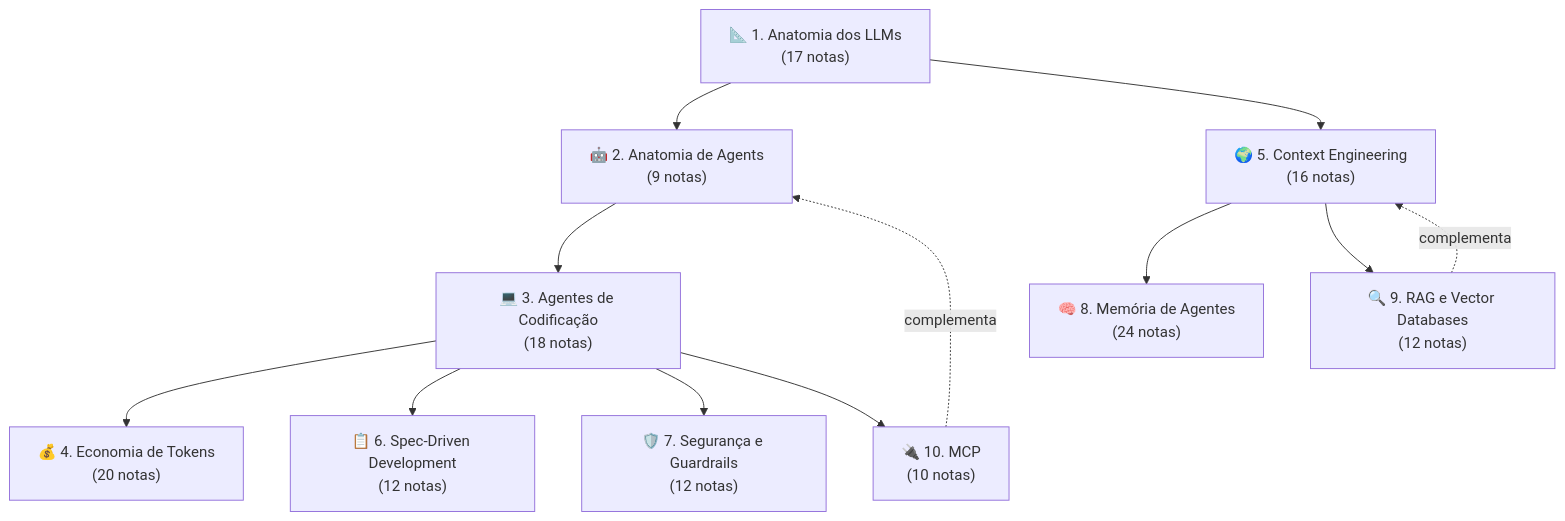
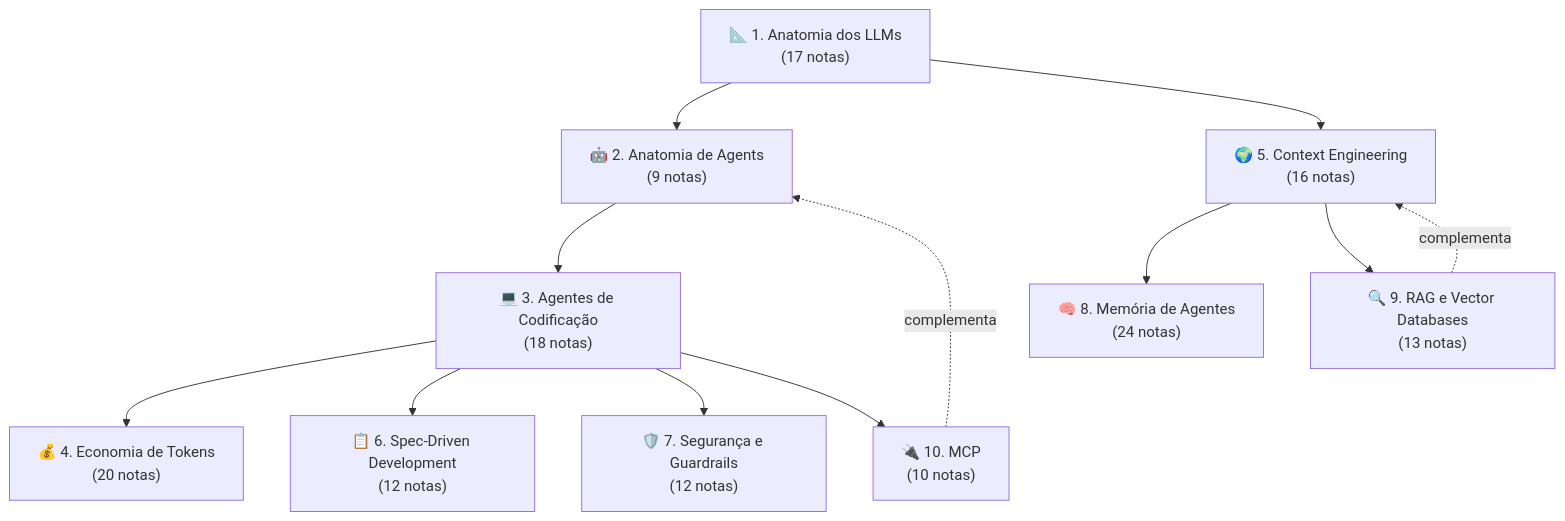
Before and after one commit to josenaldo/my-dev-notebook: the first of 2 diagrams in 03-Dominios/IA/index.md, drawn with Mermaid. The commit also changed other lines of this file and 9 other files, not shown here.

````diff
--- a/03-Dominios/IA/index.md
+++ b/03-Dominios/IA/index.md
@@ -129,25 +129,25 @@
 ```mermaid
 graph TB
     M1["📐 1. Anatomia dos LLMs<br/>(17 notas)"]
     M2["🤖 2. Anatomia de Agents<br/>(9 notas)"]
     M3["💻 3. Agentes de Codificação<br/>(18 notas)"]
     M4["💰 4. Economia de Tokens<br/>(20 notas)"]
     M5["🌍 5. Context Engineering<br/>(16 notas)"]
     M6["📋 6. Spec-Driven Development<br/>(12 notas)"]
     M7["🛡️ 7. Segurança e Guardrails<br/>(12 notas)"]
     M8["🧠 8. Memória de Agentes<br/>(24 notas)"]
-    M9["🔍 9. RAG e Vector Databases<br/>(12 notas)"]
+    M9["🔍 9. RAG e Vector Databases<br/>(13 notas)"]
     M10["🔌 10. MCP<br/>(10 notas)"]
 
     M1 --> M2
     M2 --> M3
     M1 --> M5
     M3 --> M4
     M3 --> M6
     M3 --> M7
     M5 --> M8
     M5 --> M9
     M3 --> M10
     M9 -.complementa.-> M5
     M10 -.complementa.-> M2
 ```
````
